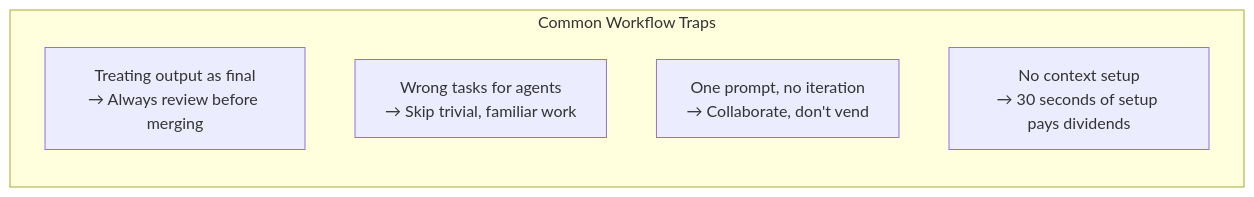
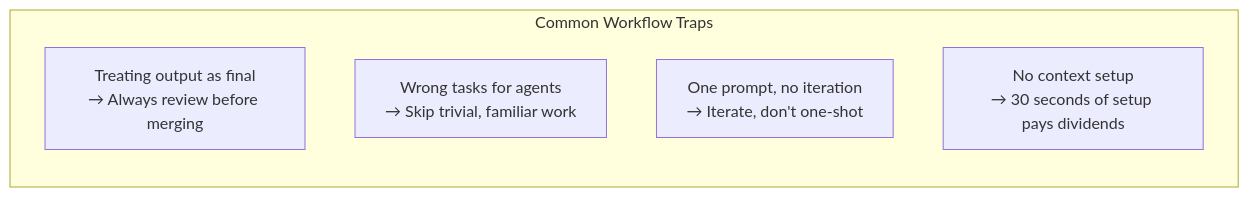
The third of 3 diagrams in apps/rotem-is-a-dev/src/app/content/posts/agentic-ai-development-from-zero-to-hero/part-4-integrating-agents-workflow.md (lurx/lurx-react), drawn with Mermaid before and after one commit. The commit also changed other lines of this file and 8 other files, not shown here.

````diff
--- a/apps/rotem-is-a-dev/src/app/content/posts/agentic-ai-development-from-zero-to-hero/part-4-integrating-agents-workflow.md
+++ b/apps/rotem-is-a-dev/src/app/content/posts/agentic-ai-development-from-zero-to-hero/part-4-integrating-agents-workflow.md
@@ -123,10 +147,10 @@
 ```mermaid
 flowchart TD
     subgraph traps["Common Workflow Traps"]
         direction TB
         T1["Treating output as final\n→ Always review before merging"]
         T2["Wrong tasks for agents\n→ Skip trivial, familiar work"]
-        T3["One prompt, no iteration\n→ Collaborate, don't vend"]
+        T3["One prompt, no iteration\n→ Iterate, don't one-shot"]
         T4["No context setup\n→ 30 seconds of setup pays dividends"]
     end
 ```
````
